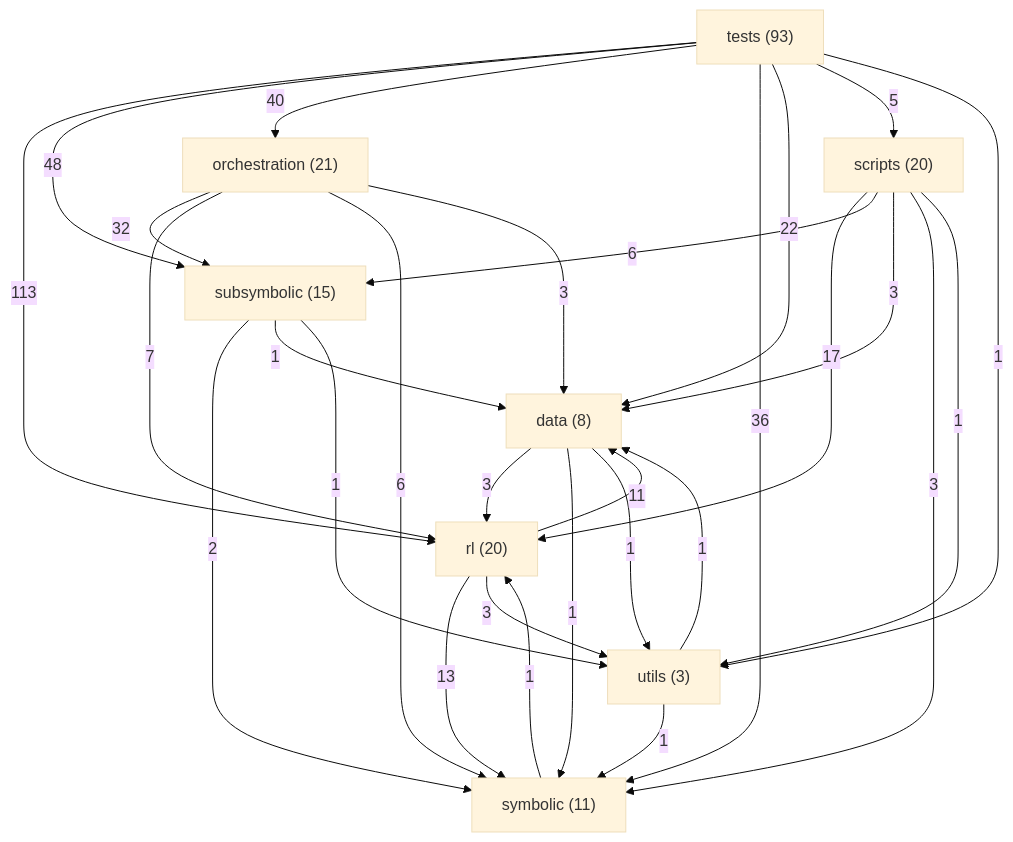
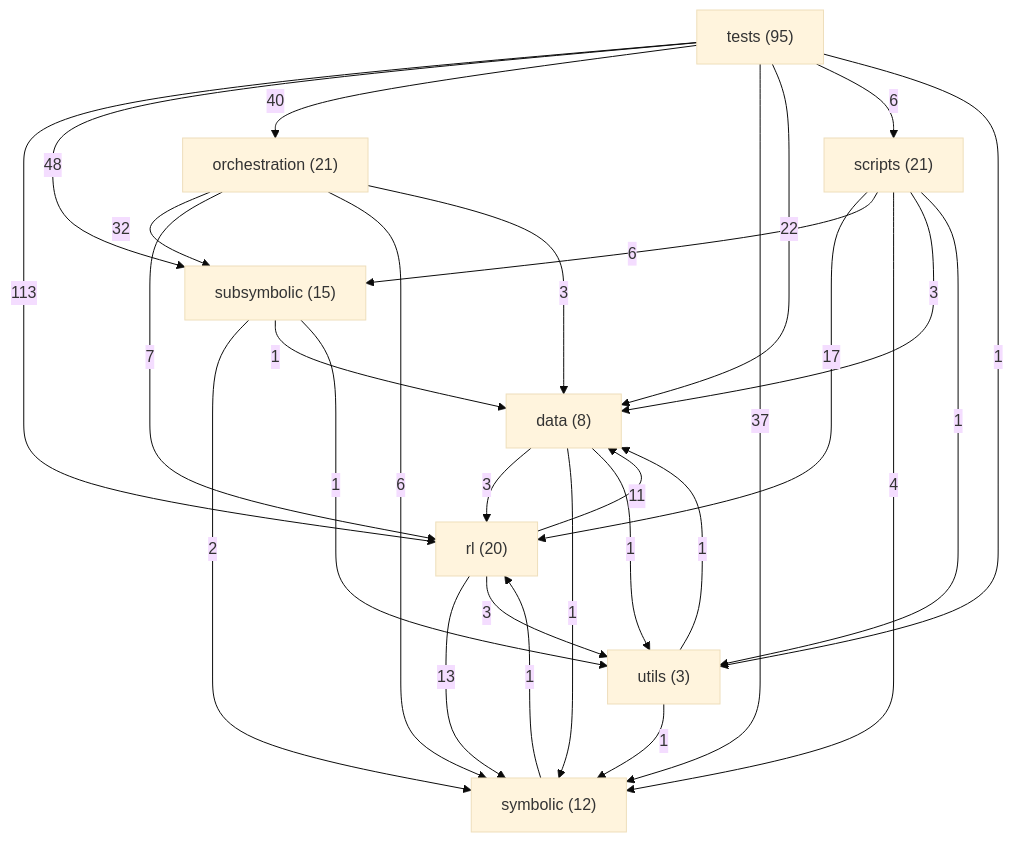
Before and after one commit to danrd/ARC-AGI: the diagram in ARCHITECTURE.md, drawn with Mermaid (base theme). The commit also changed other lines of this file and 5 other files, not shown here.

````diff
--- a/ARCHITECTURE.md
+++ b/ARCHITECTURE.md
@@ -211,39 +211,39 @@
 ```mermaid
 graph TD
   data["data (8)"]
   orchestration["orchestration (21)"]
   rl["rl (20)"]
-  scripts["scripts (20)"]
+  scripts["scripts (21)"]
   subsymbolic["subsymbolic (15)"]
-  symbolic["symbolic (11)"]
-  tests["tests (93)"]
+  symbolic["symbolic (12)"]
+  tests["tests (95)"]
   utils["utils (3)"]
   tests -->|113| rl
   tests -->|48| subsymbolic
   tests -->|40| orchestration
-  tests -->|36| symbolic
+  tests -->|37| symbolic
   orchestration -->|32| subsymbolic
   tests -->|22| data
   scripts -->|17| rl
   rl -->|13| symbolic
   rl -->|11| data
   orchestration -->|7| rl
   orchestration -->|6| symbolic
   scripts -->|6| subsymbolic
-  tests -->|5| scripts
+  tests -->|6| scripts
+  scripts -->|4| symbolic
   data -->|3| rl
   orchestration -->|3| data
   rl -->|3| utils
   scripts -->|3| data
-  scripts -->|3| symbolic
   subsymbolic -->|2| symbolic
   data -->|1| symbolic
   data -->|1| utils
   scripts -->|1| utils
   subsymbolic -->|1| data
   subsymbolic -->|1| utils
   symbolic -->|1| rl
   tests -->|1| utils
   utils -->|1| data
   utils -->|1| symbolic
 ```
````
